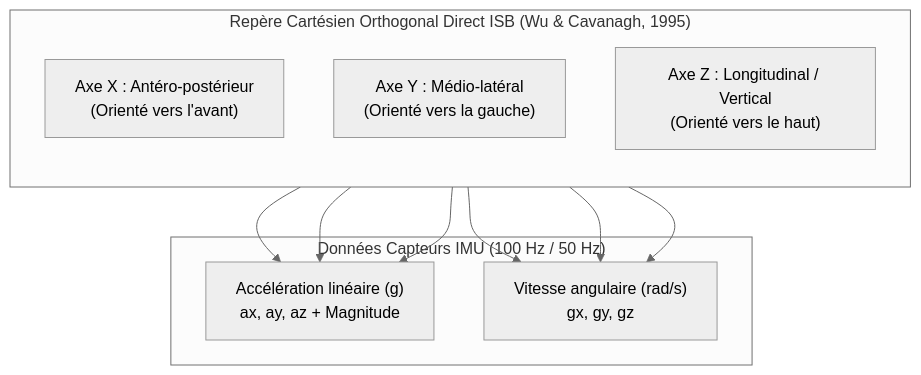
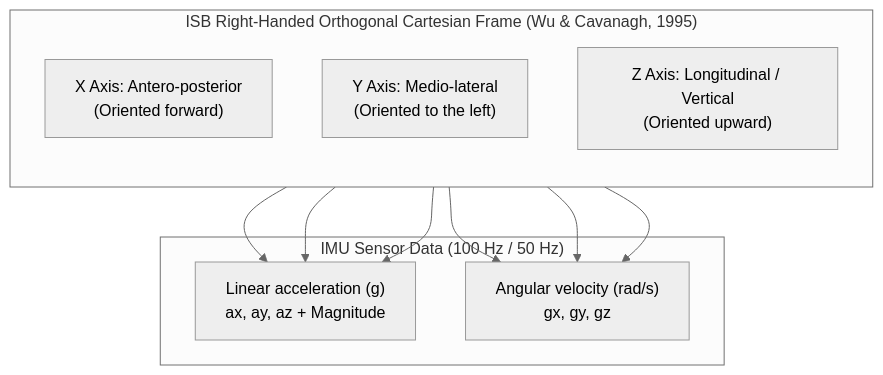
Before and after one commit to daverck/health-kicks-ecosystem: the diagram in docs/architecture/biomechanical_reference_frame.md, drawn with Mermaid (neutral theme). The commit also changed other lines of this file and 20 other files, not shown here.

````diff
--- a/docs/architecture/biomechanical_reference_frame.md
+++ b/docs/architecture/biomechanical_reference_frame.md
@@ -33,19 +33,19 @@
 ```mermaid
 flowchart TD
-    subgraph ISB["Repère Cartésien Orthogonal Direct ISB (Wu & Cavanagh, 1995)"]
+    subgraph ISB["ISB Right-Handed Orthogonal Cartesian Frame (Wu & Cavanagh, 1995)"]
         direction TB
-        X["Axe X : Antéro-postérieur\n(Orienté vers l'avant)"]
-        Y["Axe Y : Médio-latéral\n(Orienté vers la gauche)"]
-        Z["Axe Z : Longitudinal / Vertical\n(Orienté vers le haut)"]
+        X["X Axis: Antero-posterior\n(Oriented forward)"]
+        Y["Y Axis: Medio-lateral\n(Oriented to the left)"]
+        Z["Z Axis: Longitudinal / Vertical\n(Oriented upward)"]
     end
-    subgraph IMU["Données Capteurs IMU (100 Hz / 50 Hz)"]
-        Acc["Accélération linéaire (g)\nax, ay, az + Magnitude"]
-        Gyro["Vitesse angulaire (rad/s)\ngx, gy, gz"]
+    subgraph IMU["IMU Sensor Data (100 Hz / 50 Hz)"]
+        Acc["Linear acceleration (g)\nax, ay, az + Magnitude"]
+        Gyro["Angular velocity (rad/s)\ngx, gy, gz"]
     end
     X --> Acc
     Y --> Acc
     Z --> Acc
     X --> Gyro
     Y --> Gyro
     Z --> Gyro
 ```
````
